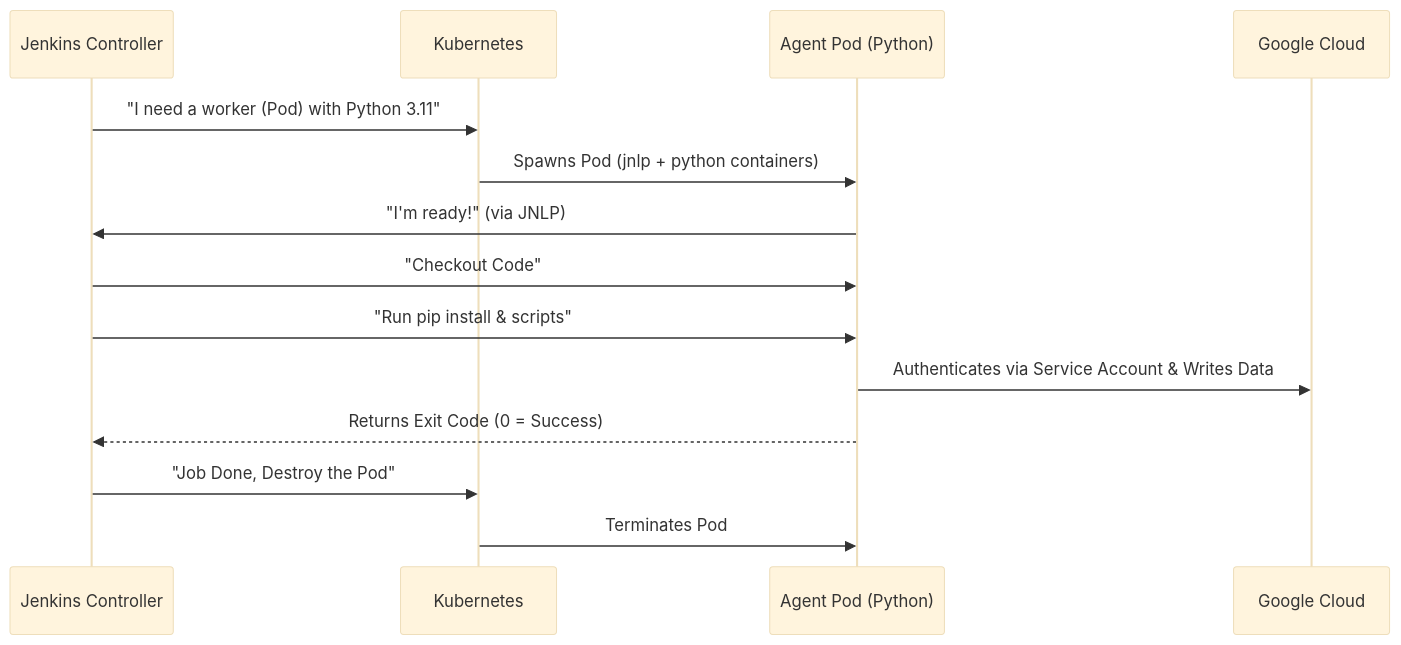
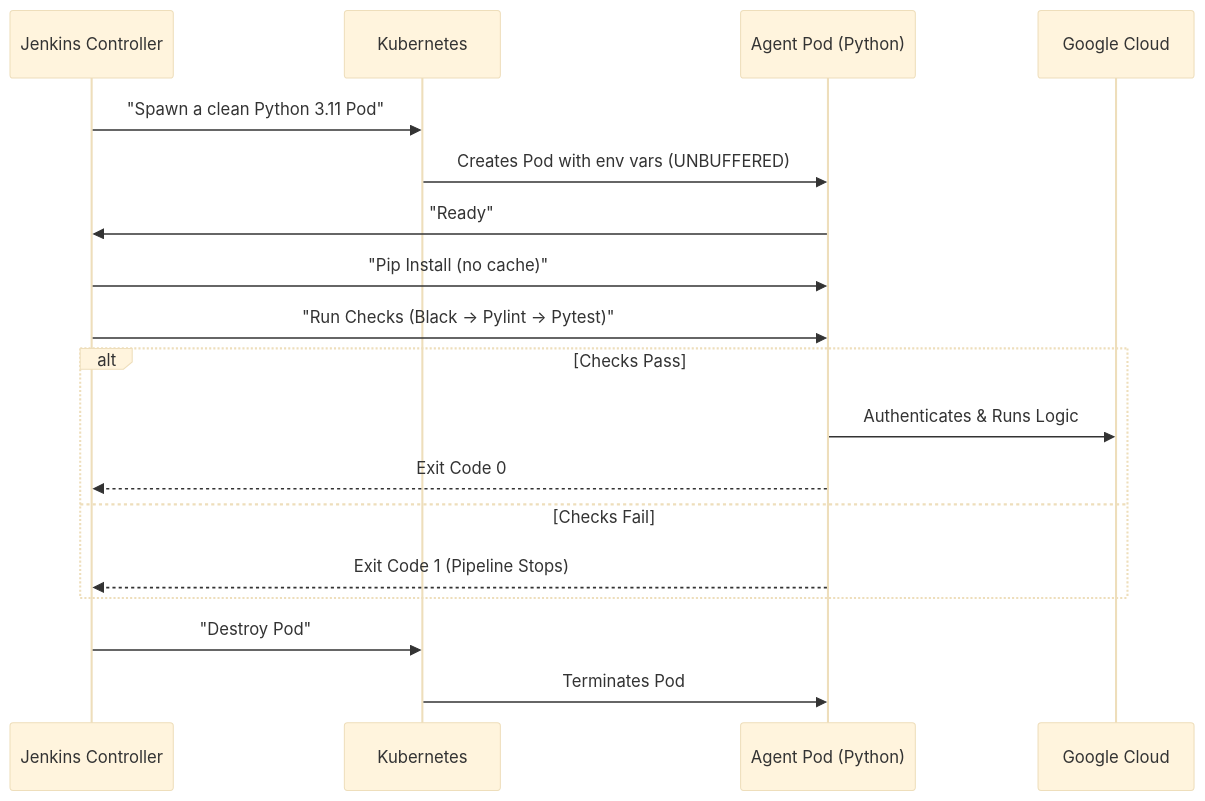
Before and after one commit to keibrunas/jenpy: the diagram in pipelines/README.md, drawn with Mermaid (base theme). The commit also changed other lines of this file, not shown here.

````diff
--- a/pipelines/README.md
+++ b/pipelines/README.md
@@ -98,18 +143,22 @@
 ```mermaid
 sequenceDiagram
     participant J as Jenkins Controller
     participant K as Kubernetes
     participant P as Agent Pod (Python)
     participant G as Google Cloud
 
-    J->>K: "I need a worker (Pod) with Python 3.11"
-    K->>P: Spawns Pod (jnlp + python containers)
-    P->>J: "I'm ready!" (via JNLP)
-    J->>P: "Checkout Code"
-    J->>P: "Run pip install & scripts"
-    P->>G: Authenticates via Service Account & Writes Data
-    P-->>J: Returns Exit Code (0 = Success)
-    J->>K: "Job Done, Destroy the Pod"
+    J->>K: "Spawn a clean Python 3.11 Pod"
+    K->>P: Creates Pod with env vars (UNBUFFERED)
+    P->>J: "Ready"
+    J->>P: "Pip Install (no cache)"
+    J->>P: "Run Checks (Black -> Pylint -> Pytest)"
+    alt Checks Pass
+        P->>G: Authenticates & Runs Logic
+        P-->>J: Exit Code 0
+    else Checks Fail
+        P-->>J: Exit Code 1 (Pipeline Stops)
+    end
+    J->>K: "Destroy Pod"
     K->>P: Terminates Pod
 
 ```
````
